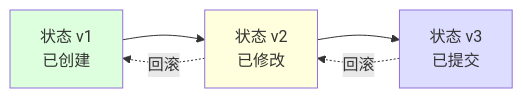
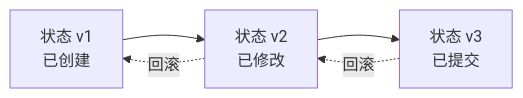
The tenth of 13 diagrams in docs/zh/architecture/storage.md (nexepic/zyx), drawn with Mermaid before and after one commit. The commit also changed other lines of this file and 2 other files, not shown here.

Commit message:
fix: replace hand-drawn ASCII with clear mermaid class diagrams and tables

````diff
--- a/docs/zh/architecture/storage.md
+++ b/docs/zh/architecture/storage.md
@@ -408,12 +392,8 @@
 ```mermaid
 graph LR
     S1[状态 v1<br/>已创建] --> S2[状态 v2<br/>已修改]
     S2 --> S3[状态 v3<br/>已提交]
 
     S3 -.->|回滚| S2
     S2 -.->|回滚| S1
-
-    style S1 fill:#dfd
-    style S2 fill:#ffd
-    style S3 fill:#ddf
 ```
````
